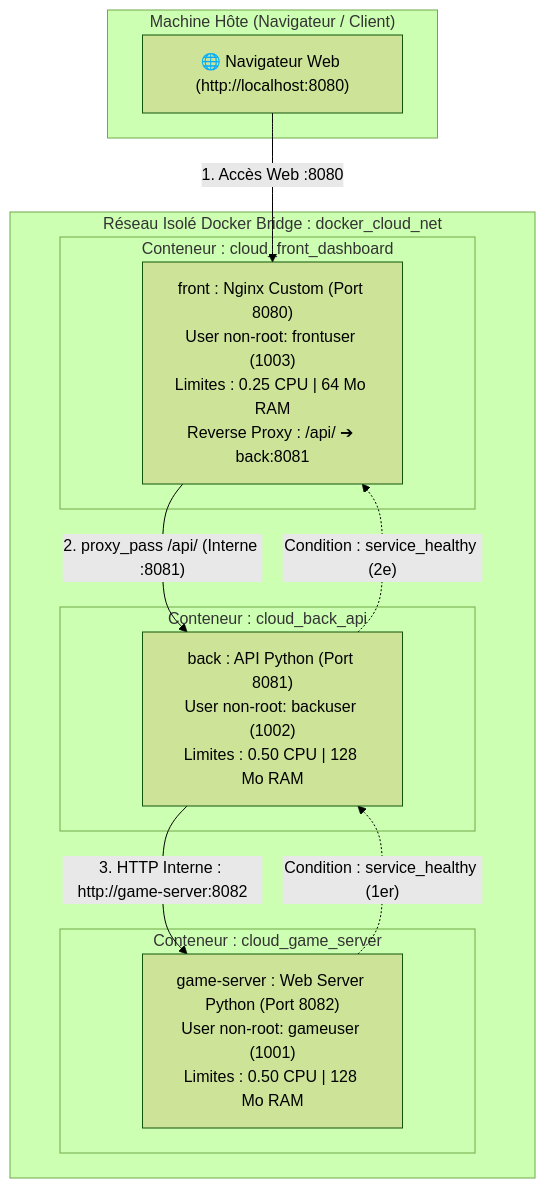
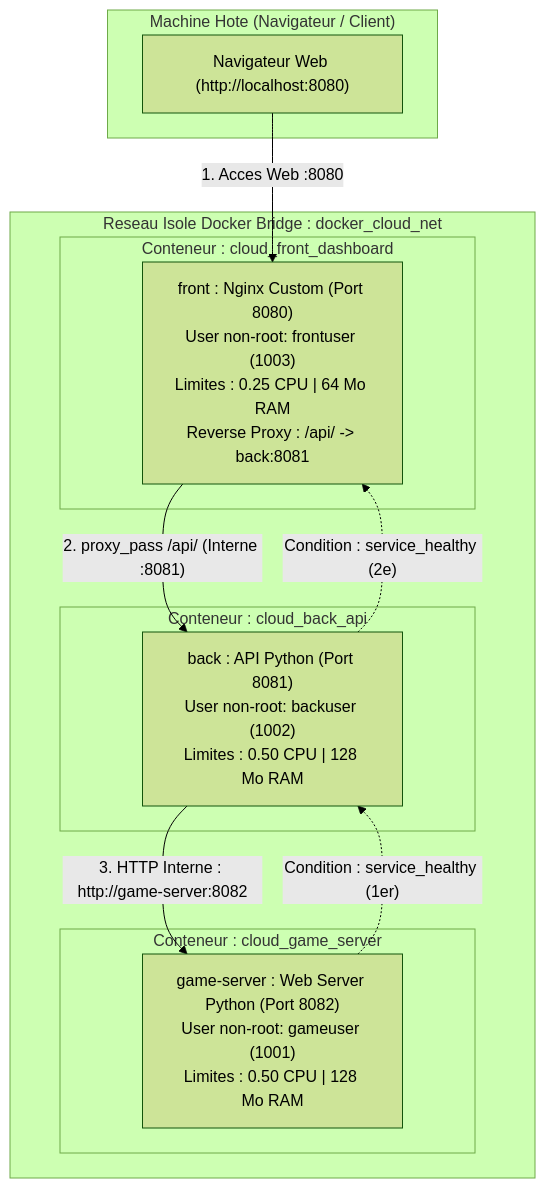
The diagram in README.md (Syrioth/Training_Docker), drawn with Mermaid (forest theme) before and after one commit. The commit also changed other lines of this file and 3 other files, not shown here.

````diff
--- a/README.md
+++ b/README.md
@@ -36,29 +51,27 @@
 ```mermaid
 flowchart TD
-    subgraph MachineHote["Machine Hôte (Navigateur / Client)"]
-        Browser["🌐 Navigateur Web (http://localhost:8080)"]
+    subgraph MachineHote["Machine Hote (Navigateur / Client)"]
+        Browser["Navigateur Web (http://localhost:8080)"]
     end
 
-    subgraph ReseauDocker["Réseau Isolé Docker Bridge : docker_cloud_net"]
+    subgraph ReseauDocker["Reseau Isole Docker Bridge : docker_cloud_net"]
         subgraph FrontContainer["Conteneur : cloud_front_dashboard"]
-            Front["front : Nginx Custom (Port 8080)<br/>User non-root: frontuser (1003)<br/>Limites : 0.25 CPU | 64 Mo RAM<br/>Reverse Proxy : /api/ ➔ back:8081"]
+            Front["front : Nginx Custom (Port 8080)<br/>User non-root: frontuser (1003)<br/>Limites : 0.25 CPU | 64 Mo RAM<br/>Reverse Proxy : /api/ -> back:8081"]
         end
 
         subgraph BackContainer["Conteneur : cloud_back_api"]
             Back["back : API Python (Port 8081)<br/>User non-root: backuser (1002)<br/>Limites : 0.50 CPU | 128 Mo RAM"]
         end
 
         subgraph GameContainer["Conteneur : cloud_game_server"]
             Game["game-server : Web Server Python (Port 8082)<br/>User non-root: gameuser (1001)<br/>Limites : 0.50 CPU | 128 Mo RAM"]
         end
     end
 
-    %% Flux réseau
-    Browser -->|"1. Accès Web :8080"| Front
+    Browser -->|"1. Acces Web :8080"| Front
     Front -->|"2. proxy_pass /api/ (Interne :8081)"| Back
     Back -->|"3. HTTP Interne : http://game-server:8082"| Game
 
-    %% Ordre de démarrage garanti
     Game -.->|"Condition : service_healthy (1er)"| Back
     Back -.->|"Condition : service_healthy (2e)"| Front
 ```
````
